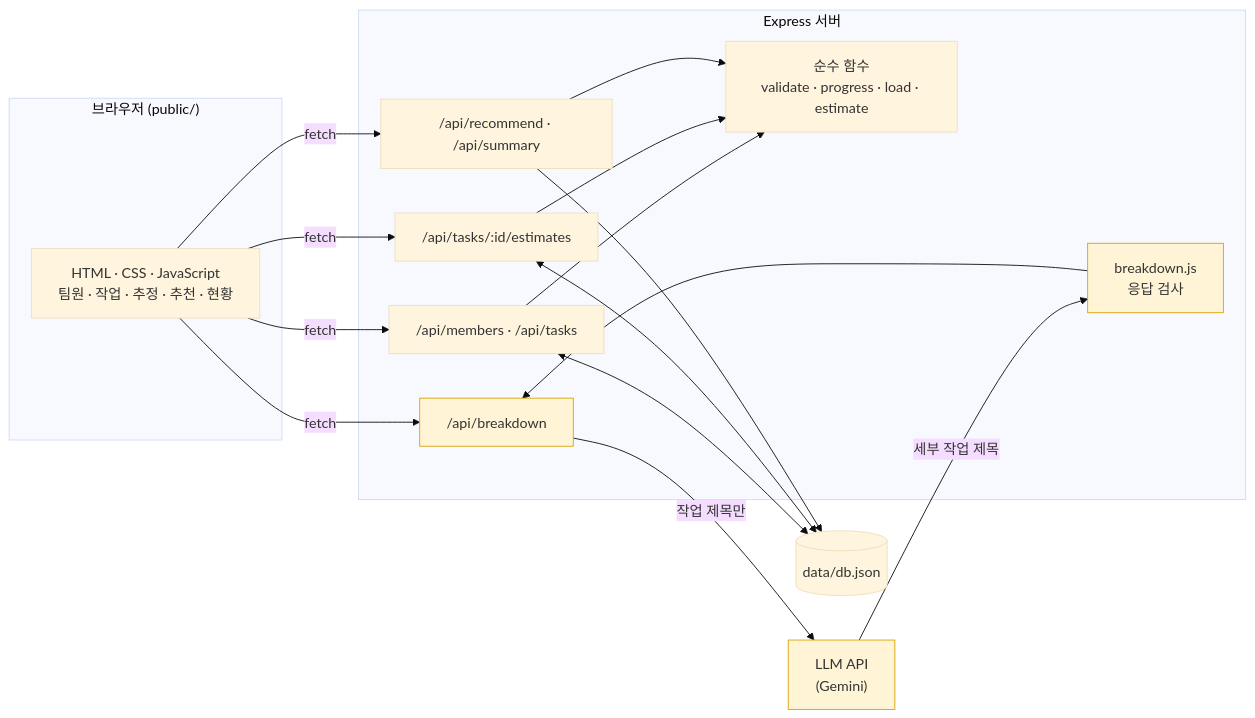
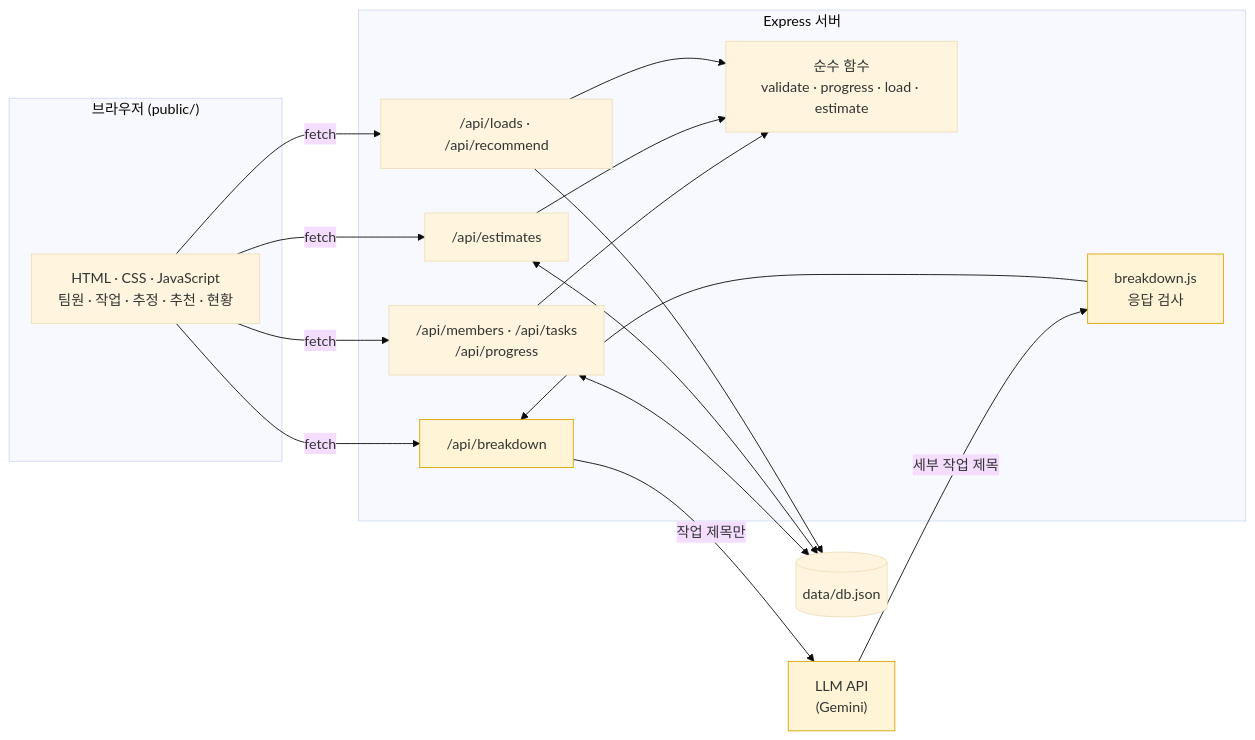
One commit to Heetaeeee/3oss changed the third of 3 diagrams in README.md. Above: the diagram before and after it, drawn with Mermaid (base theme). The commit also changed other lines of this file and 4 other files, not shown here.

````diff
--- a/README.md
+++ b/README.md
@@ -118,28 +118,28 @@
 ```mermaid
 flowchart LR
     subgraph Browser["브라우저 (public/)"]
         UI["HTML · CSS · JavaScript<br/>팀원 · 작업 · 추정 · 추천 · 현황"]
     end
 
     subgraph Server["Express 서버"]
-        R1["/api/members · /api/tasks"]
-        R4["/api/tasks/:id/estimates"]
-        R2["/api/recommend · /api/summary"]
+        R1["/api/members · /api/tasks<br/>/api/progress"]
+        R4["/api/estimates"]
+        R2["/api/loads · /api/recommend"]
         R3["/api/breakdown"]
         RULE["순수 함수<br/>validate · progress · load · estimate"]
         VAL["breakdown.js<br/>응답 검사"]
     end
 
     DB[("data/db.json")]
     LLM["LLM API<br/>(Gemini)"]
 
     UI -- fetch --> R1 & R4 & R2 & R3
     R1 & R4 & R2 --> RULE
     R1 & R4 <--> DB
     R2 --> DB
     R3 -- 작업 제목만 --> LLM
     LLM -- 세부 작업 제목 --> VAL --> R3
 
     classDef ai fill:#fff4d6,stroke:#d9a400,color:#333
     class LLM,R3,VAL ai
 ```
````
